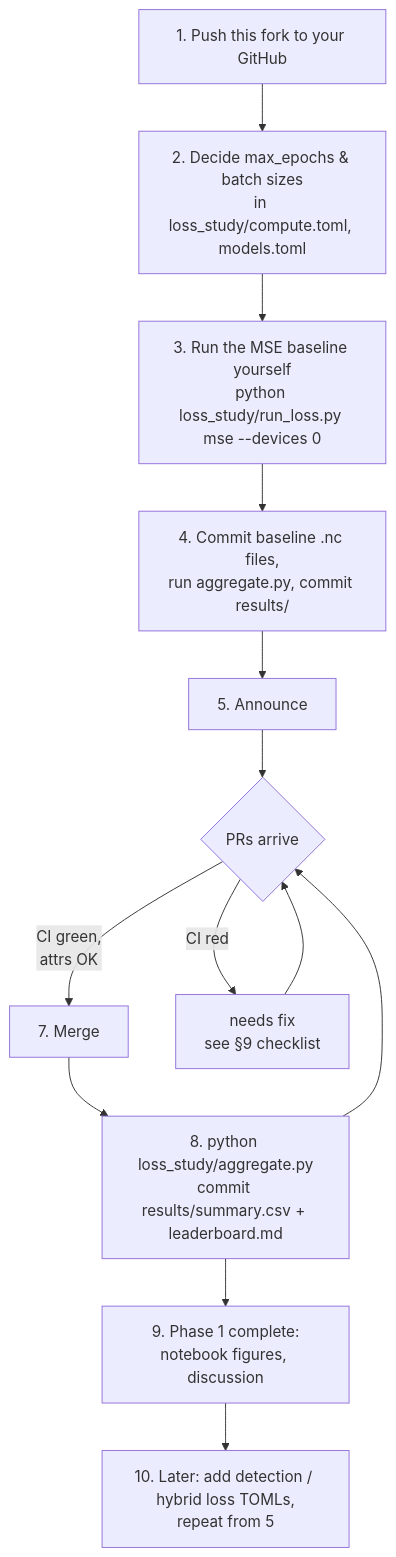
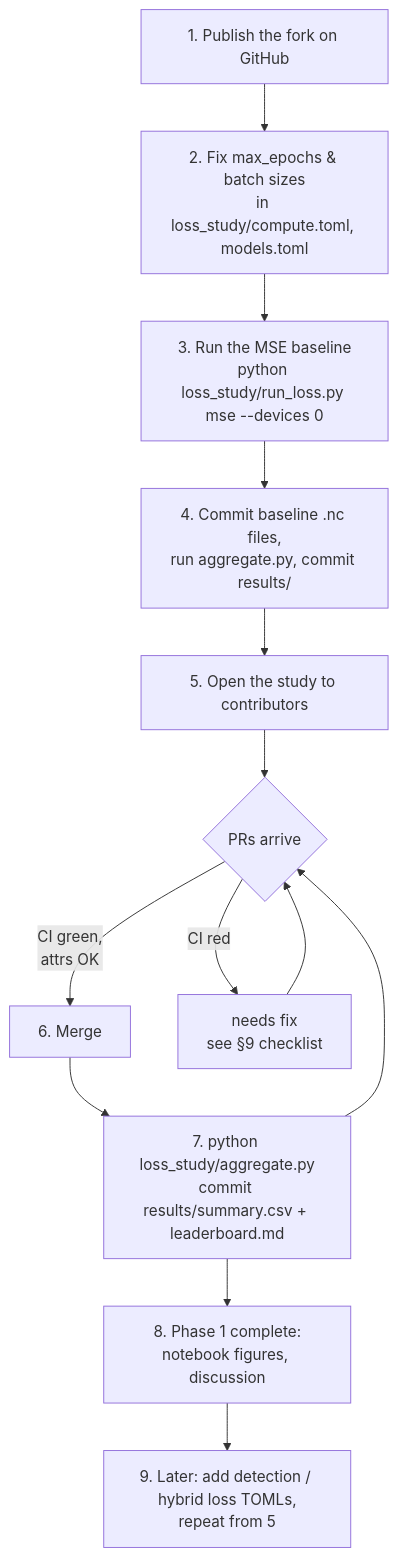
The sixth of 9 diagrams in loss_study/STUDY_GUIDE.md (yash-upase/satrain_loss), drawn with Mermaid before and after one commit. The commit also changed other lines of this file and 4 other files, not shown here.

````diff
--- a/loss_study/STUDY_GUIDE.md
+++ b/loss_study/STUDY_GUIDE.md
@@ -325,15 +326,15 @@
 ```mermaid
 flowchart TD
-    A[1. Push this fork to your GitHub] --> B[2. Decide max_epochs & batch sizes<br/>in loss_study/compute.toml, models.toml]
-    B --> C[3. Run the MSE baseline yourself<br/>python loss_study/run_loss.py mse --devices 0]
+    A[1. Publish the fork on GitHub] --> B[2. Fix max_epochs & batch sizes<br/>in loss_study/compute.toml, models.toml]
+    B --> C[3. Run the MSE baseline<br/>python loss_study/run_loss.py mse --devices 0]
     C --> D[4. Commit baseline .nc files,<br/>run aggregate.py, commit results/]
-    D --> E[5. Announce]
+    D --> E[5. Open the study to contributors]
     E --> G{PRs arrive}
-    G -->|CI green,<br/>attrs OK| H[7. Merge]
+    G -->|CI green,<br/>attrs OK| H[6. Merge]
     G -->|CI red| I[needs fix<br/>see §9 checklist]
     I --> G
-    H --> J[8. python loss_study/aggregate.py<br/>commit results/summary.csv + leaderboard.md]
+    H --> J[7. python loss_study/aggregate.py<br/>commit results/summary.csv + leaderboard.md]
     J --> G
-    J --> K[9. Phase 1 complete:<br/>notebook figures, discussion]
-    K --> L[10. Later: add detection / hybrid loss TOMLs,<br/>repeat from 5]
+    J --> K[8. Phase 1 complete:<br/>notebook figures, discussion]
+    K --> L[9. Later: add detection / hybrid loss TOMLs,<br/>repeat from 5]
 ```
````
